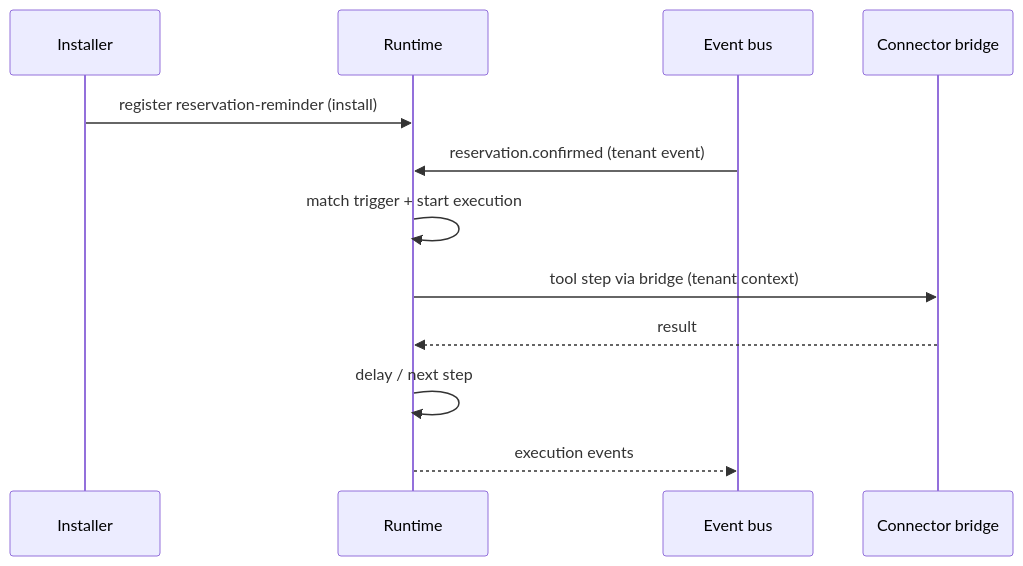
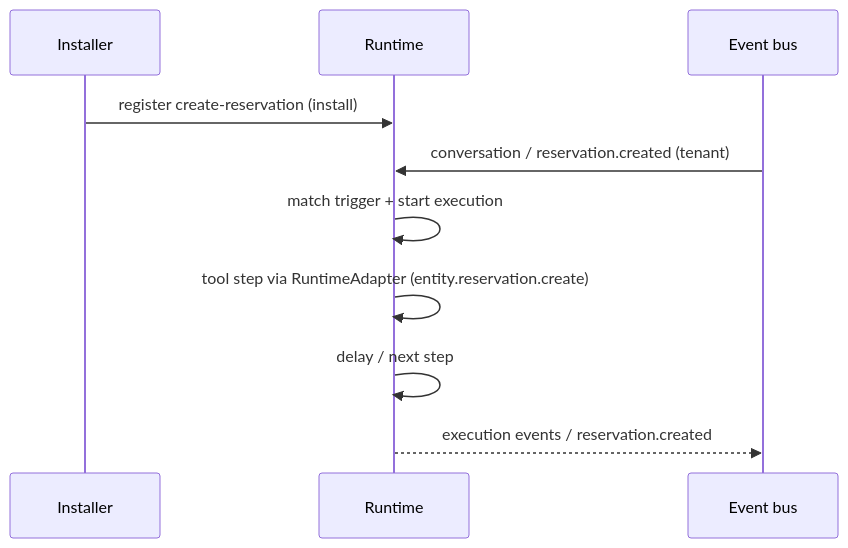
One commit to qefro-ai/qefro-documentation changed the second of 2 diagrams in docs/solutions/workflows.md. Above: the diagram before and after it, drawn with Mermaid. The commit also changed other lines of this file and 48 other files, not shown here.

````diff
--- a/docs/solutions/workflows.md
+++ b/docs/solutions/workflows.md
@@ -97,14 +120,12 @@
 ```mermaid
 sequenceDiagram
     participant I as Installer
     participant RT as Runtime
     participant B as Event bus
-    participant CM as Connector bridge
-    I->>RT: register reservation-reminder (install)
-    B->>RT: reservation.confirmed (tenant event)
+    I->>RT: register create-reservation (install)
+    B->>RT: conversation / reservation.created (tenant)
     RT->>RT: match trigger + start execution
-    RT->>CM: tool step via bridge (tenant context)
-    CM-->>RT: result
+    RT->>RT: tool step via RuntimeAdapter (entity.reservation.create)
     RT->>RT: delay / next step
-    RT-->>B: execution events
+    RT-->>B: execution events / reservation.created
 ```
````
